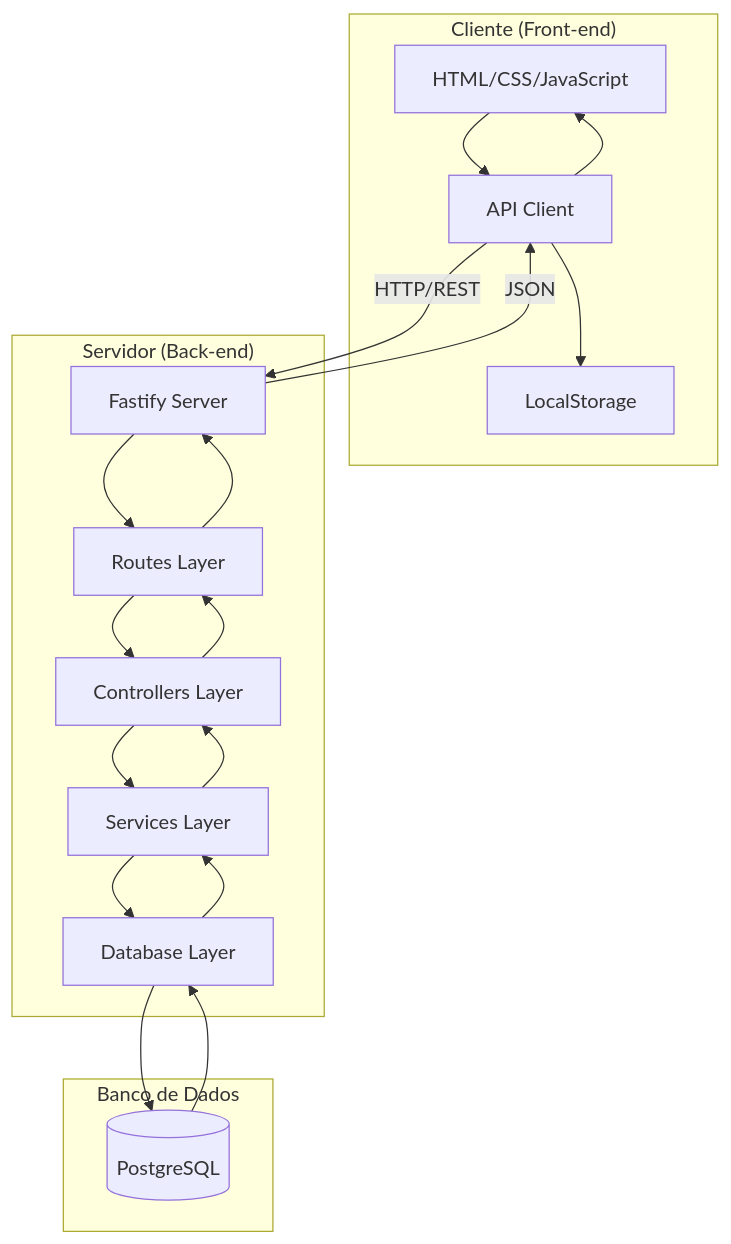
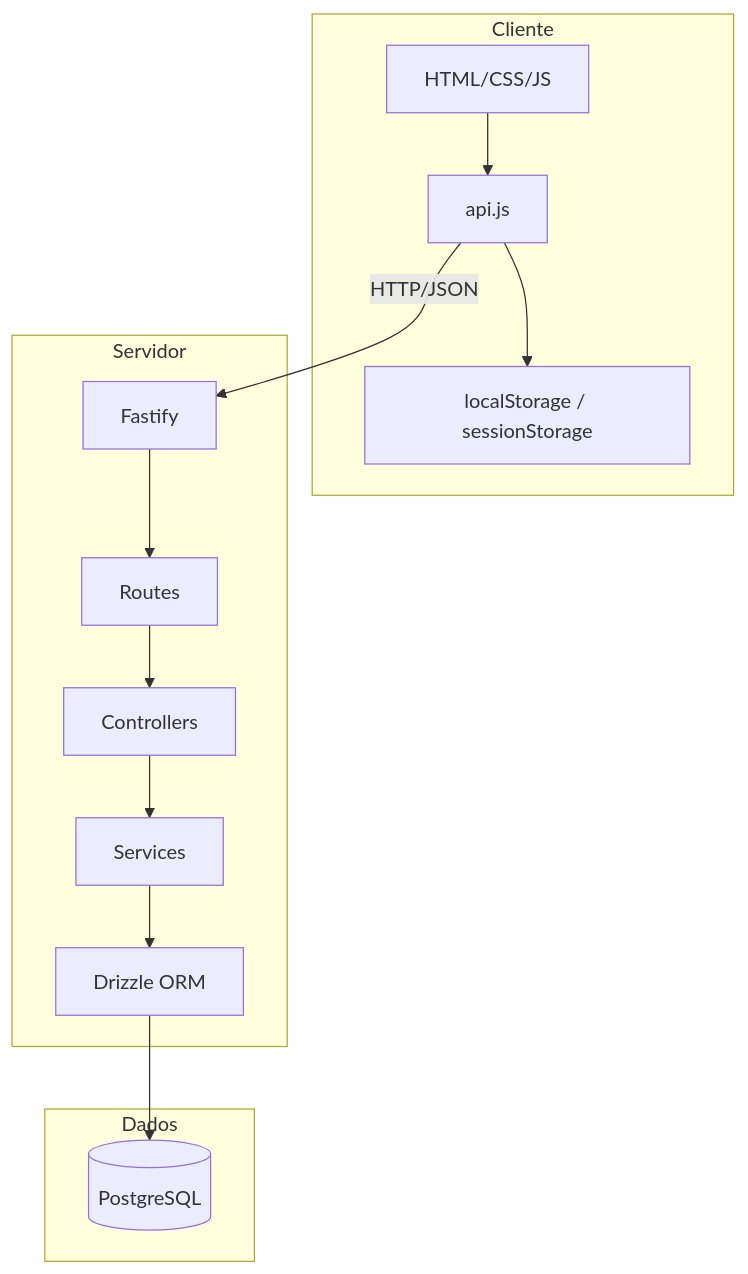
The first of 5 diagrams in README.md (phsrod/Trabalho-PWEB-II), drawn with Mermaid before and after one commit. The commit also changed other lines of this file and 3 other files, not shown here.

````diff
--- a/README.md
+++ b/README.md
@@ -42,36 +78,25 @@
 ```mermaid
 graph TB
-    subgraph "Cliente (Front-end)"
-        A[HTML/CSS/JavaScript]
-        B[API Client]
-        C[LocalStorage]
+    subgraph Cliente
+        HTML[HTML/CSS/JS]
+        API_CLIENT[api.js]
+        STORAGE[localStorage / sessionStorage]
     end
-    
-    subgraph "Servidor (Back-end)"
-        D[Fastify Server]
-        E[Routes Layer]
-        F[Controllers Layer]
-        G[Services Layer]
-        H[Database Layer]
+
+    subgraph Servidor
+        FASTIFY[Fastify]
+        ROUTES[Routes]
+        CONTROLLERS[Controllers]
+        SERVICES[Services]
+        DRIZZLE[Drizzle ORM]
     end
-    
-    subgraph "Banco de Dados"
-        I[(PostgreSQL)]
+
+    subgraph Dados
+        PG[(PostgreSQL)]
     end
-    
-    A --> B
-    B --> C
-    B -->|HTTP/REST| D
-    D --> E
-    E --> F
-    F --> G
-    G --> H
-    H --> I
-    I --> H
-    H --> G
-    G --> F
-    F --> E
-    E --> D
-    D -->|JSON| B
-    B --> A
+
+    HTML --> API_CLIENT
+    API_CLIENT --> STORAGE
+    API_CLIENT -->|HTTP/JSON| FASTIFY
+    FASTIFY --> ROUTES --> CONTROLLERS --> SERVICES --> DRIZZLE --> PG
 ```
````
